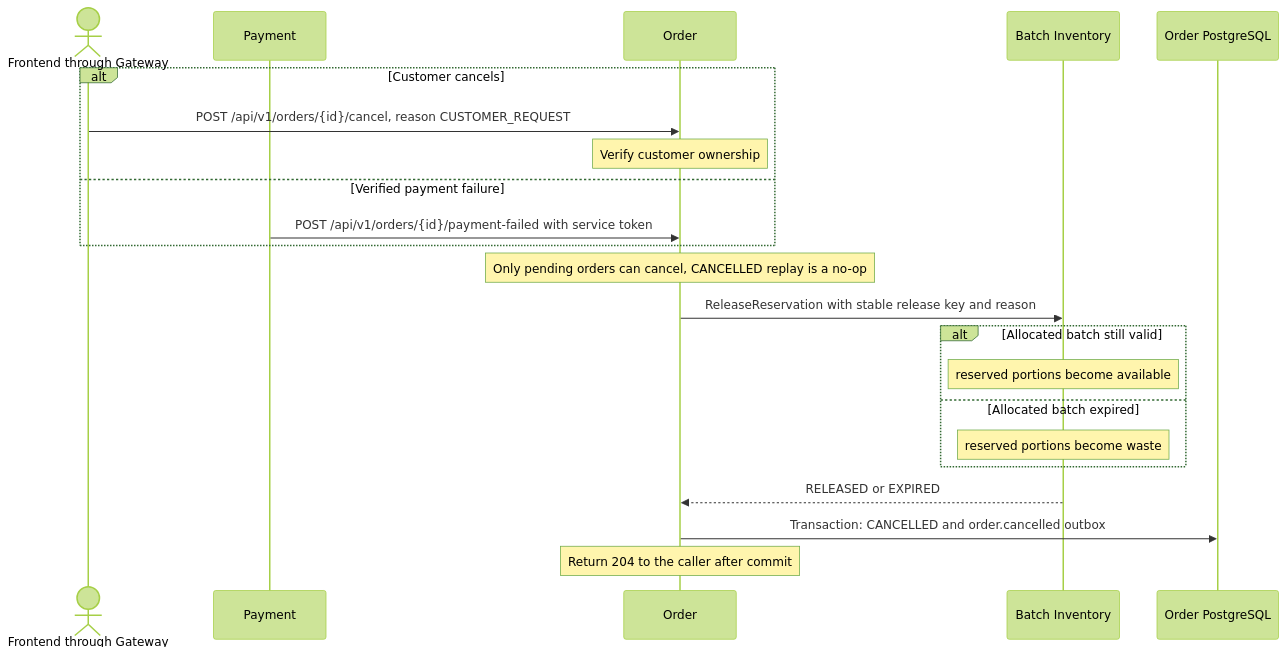
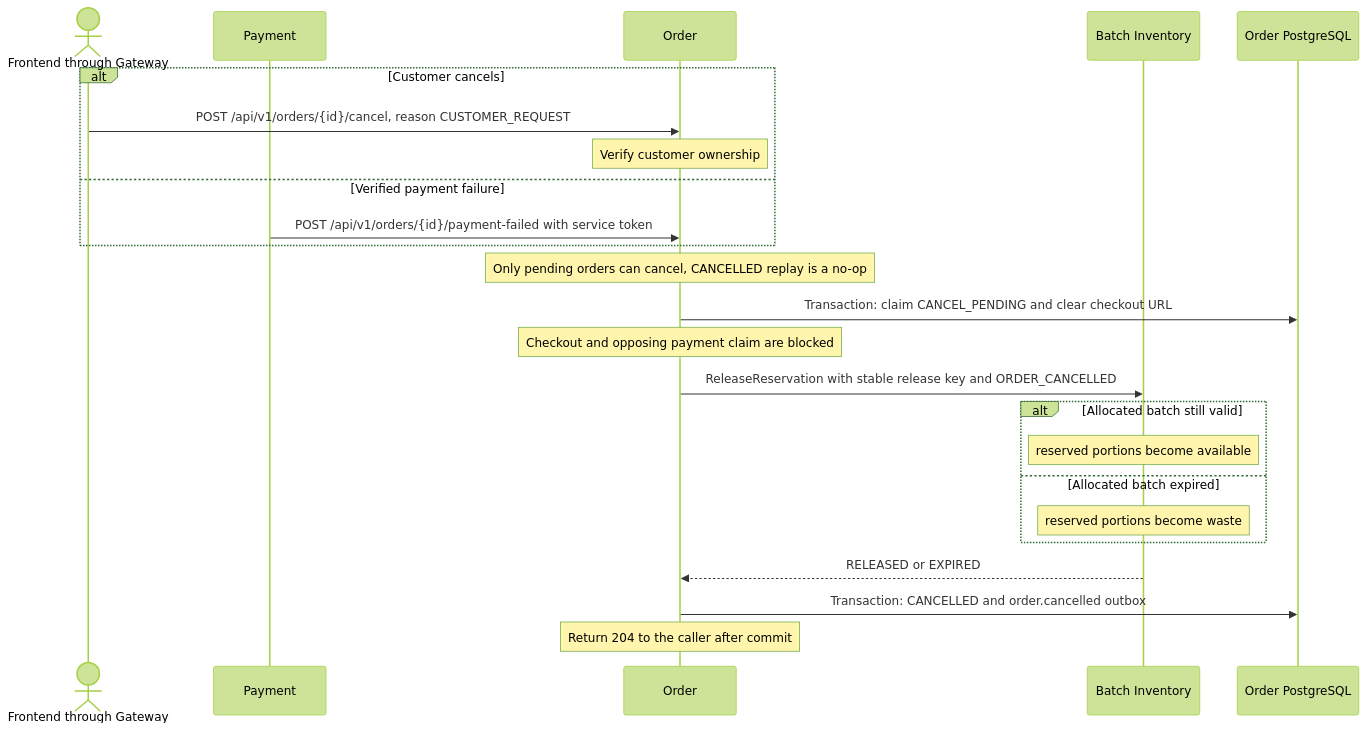
One commit to PhoengZ/backend-gelato-management changed the third of 5 diagrams in docs/sequence-diagram.md. Above: the diagram before and after it, drawn with Mermaid (forest theme). The commit also changed other lines of this file and 15 other files, not shown here.

````diff
--- a/docs/sequence-diagram.md
+++ b/docs/sequence-diagram.md
@@ -100,25 +101,27 @@
 ```mermaid
 sequenceDiagram
     actor F as Frontend through Gateway
     participant P as Payment
     participant O as Order
     participant I as Batch Inventory
     participant DB as Order PostgreSQL
 
     alt Customer cancels
         F->>O: POST /api/v1/orders/{id}/cancel, reason CUSTOMER_REQUEST
         Note over O: Verify customer ownership
     else Verified payment failure
         P->>O: POST /api/v1/orders/{id}/payment-failed with service token
     end
     Note over O: Only pending orders can cancel, CANCELLED replay is a no-op
-    O->>I: ReleaseReservation with stable release key and reason
+    O->>DB: Transaction: claim CANCEL_PENDING and clear checkout URL
+    Note over O: Checkout and opposing payment claim are blocked
+    O->>I: ReleaseReservation with stable release key and ORDER_CANCELLED
     alt Allocated batch still valid
         Note over I: reserved portions become available
     else Allocated batch expired
         Note over I: reserved portions become waste
     end
     I-->>O: RELEASED or EXPIRED
     O->>DB: Transaction: CANCELLED and order.cancelled outbox
     Note over O: Return 204 to the caller after commit
 ```
````
